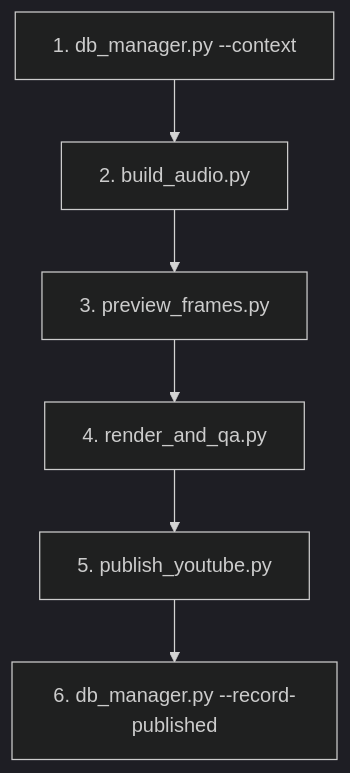
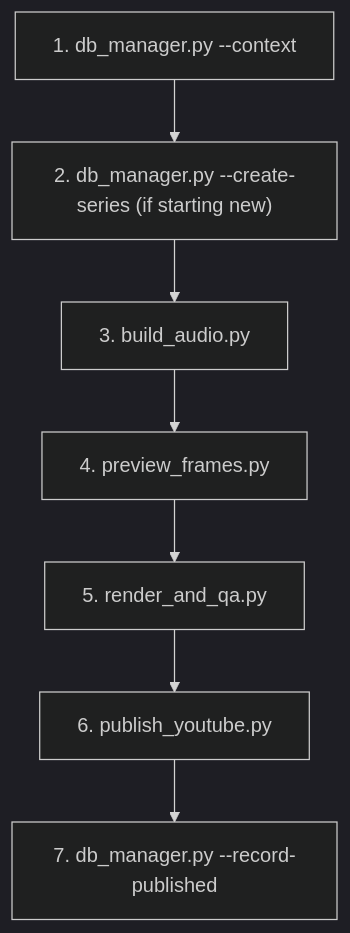
One commit to manishborikar92/Sutradhar changed the diagram in docs/MANUAL_SETUP_AND_OPERATIONS.md. Above: the diagram before and after it, drawn with Mermaid (dark theme). The commit also changed other lines of this file and 24 other files, not shown here.

````diff
--- a/docs/MANUAL_SETUP_AND_OPERATIONS.md
+++ b/docs/MANUAL_SETUP_AND_OPERATIONS.md
@@ -219,8 +116,9 @@
 ```mermaid
 flowchart TD
-    A["1. db_manager.py --context"] --> B["2. build_audio.py"]
-    B --> C["3. preview_frames.py"]
-    C --> D["4. render_and_qa.py"]
-    D --> E["5. publish_youtube.py"]
-    E --> F["6. db_manager.py --record-published"]
+    A["1. db_manager.py --context"] --> B["2. db_manager.py --create-series (if starting new)"]
+    B --> C["3. build_audio.py"]
+    C --> D["4. preview_frames.py"]
+    D --> E["5. render_and_qa.py"]
+    E --> F["6. publish_youtube.py"]
+    F --> G["7. db_manager.py --record-published"]
 ```
````
